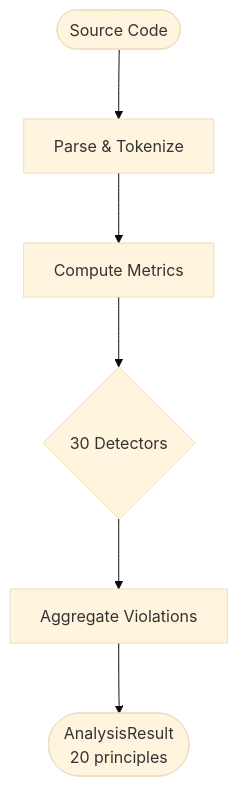
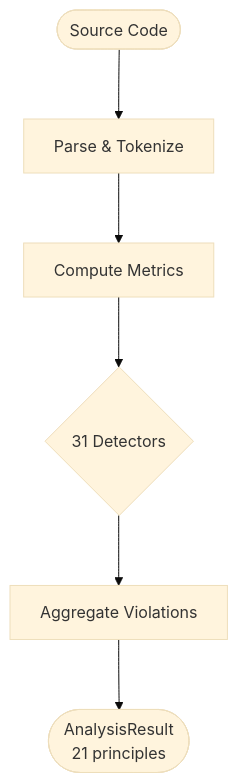
One commit to Anselmoo/mcp-zen-of-languages changed the third of 4 diagrams in docs/user-guide/languages/python.md. Above: the diagram before and after it, drawn with Mermaid. The commit also changed other lines of this file and 12 other files, not shown here.

````diff
--- a/docs/user-guide/languages/python.md
+++ b/docs/user-guide/languages/python.md
@@ -595,9 +619,9 @@
     ```mermaid
     %%{init: {"theme": "base", "flowchart": {"useMaxWidth": false, "htmlLabels": true, "nodeSpacing": 50, "rankSpacing": 70}}}%%
     flowchart TD
     Source(["Source Code"]) --> Parse["Parse & Tokenize"]
     Parse --> Metrics["Compute Metrics"]
-    Metrics --> Pipeline{"30 Detectors"}
+    Metrics --> Pipeline{"31 Detectors"}
     Pipeline --> Collect["Aggregate Violations"]
-    Collect --> Result(["AnalysisResult<br/>20 principles"])
+    Collect --> Result(["AnalysisResult<br/>21 principles"])
     ```
````
